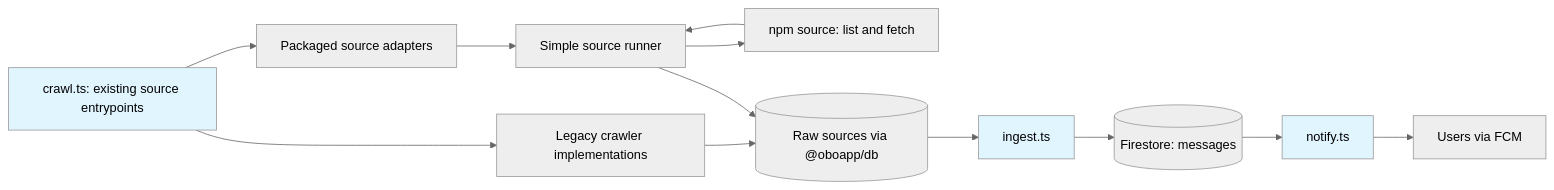
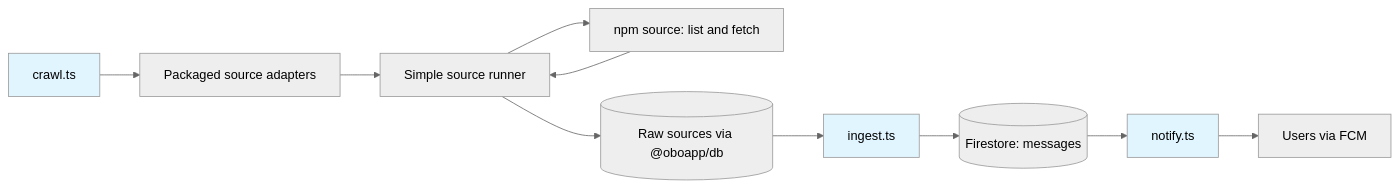
Before and after one commit to oboapp/oboapp: the diagram in ingest/README.md, drawn with Mermaid (neutral theme). The commit also changed other lines of this file and 6 other files, not shown here.

````diff
--- a/ingest/README.md
+++ b/ingest/README.md
@@ -13,18 +13,16 @@
 ```mermaid
 graph LR
-    B[crawl.ts: existing source entrypoints] --> L[Legacy crawler implementations]
-    B --> T[Packaged source adapters]
+    B[crawl.ts] --> T[Packaged source adapters]
     T --> R[Simple source runner]
     R --> P[npm source: list and fetch]
     P --> R
-    L --> C[(Raw sources via @oboapp/db)]
-    R --> C
+    R --> C[(Raw sources via @oboapp/db)]
     C --> D[ingest.ts]
     D --> E[(Firestore: messages)]
     E --> F[notify.ts]
     F --> G[Users via FCM]
 
     style B fill:#e1f5ff
     style D fill:#e1f5ff
     style F fill:#e1f5ff
 ```
````
